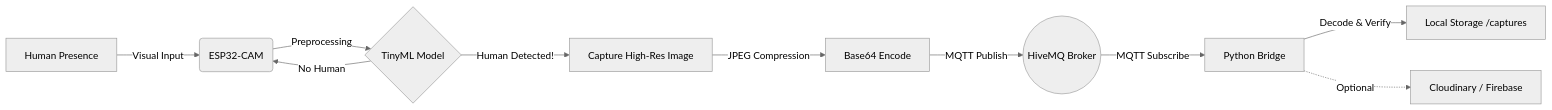
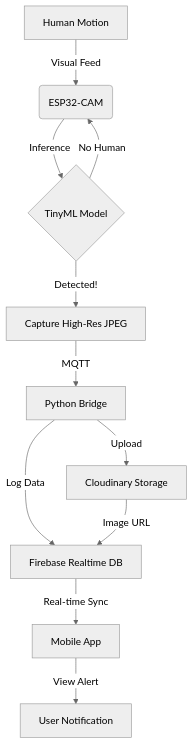
One commit to MurtazaKhalid12/fyp-eagle-eye changed the diagram in README.md. Above: the diagram before and after it, drawn with Mermaid (neutral theme). The commit also changed other lines of this file and 1504 other files, not shown here.

````diff
--- a/README.md
+++ b/README.md
@@ -34,12 +17,13 @@
 ```mermaid
-graph LR
-    A[Human Presence] -->|Visual Input| B(ESP32-CAM)
-    B -->|Preprocessing| C{TinyML Model}
+graph TD
+    A[Human Motion] -->|Visual Feed| B(ESP32-CAM)
+    B -->|Inference| C{TinyML Model}
     C -->|No Human| B
-    C -->|Human Detected!| D[Capture High-Res Image]
-    D -->|JPEG Compression| E[Base64 Encode]
-    E -->|MQTT Publish| F((HiveMQ Broker))
-    F -->|MQTT Subscribe| G[Python Bridge]
-    G -->|Decode & Verify| H[Local Storage /captures]
-    G -.->|Optional| I[Cloudinary / Firebase]
+    C -->|Detected!| D[Capture High-Res JPEG]
+    D -->|MQTT| E[Python Bridge]
+    E -->|Upload| F[Cloudinary Storage]
+    E -->|Log Data| G[Firebase Realtime DB]
+    F -->|Image URL| G
+    G -->|Real-time Sync| H[Mobile App]
+    H -->|View Alert| I[User Notification]
 ```
````
